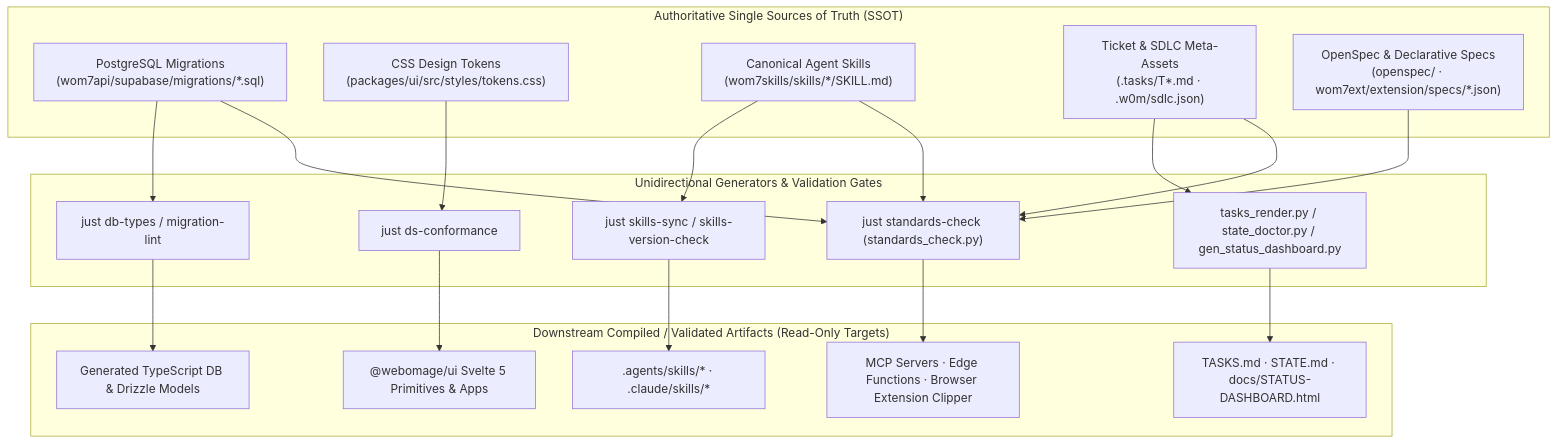
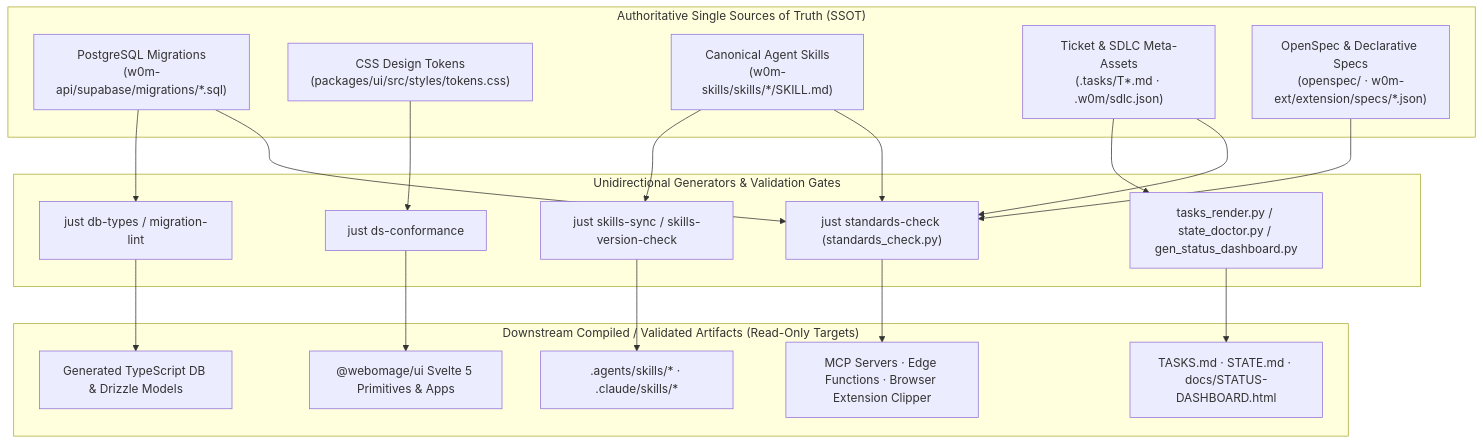
The diagram in docs/standards/ssot-authority-graph.mmd (webomage/a2ui-vinext), drawn with Mermaid before and after one commit. The commit also changed 328 other files, not shown here.

```diff
--- a/docs/standards/ssot-authority-graph.mmd
+++ b/docs/standards/ssot-authority-graph.mmd
@@ -1,33 +1,33 @@
 flowchart TD
   subgraph SSOT["Authoritative Single Sources of Truth (SSOT)"]
-    DDL["PostgreSQL Migrations<br/>(wom7api/supabase/migrations/*.sql)"]
+    DDL["PostgreSQL Migrations<br/>(w0m-api/supabase/migrations/*.sql)"]
     TOKENS["CSS Design Tokens<br/>(packages/ui/src/styles/tokens.css)"]
-    SKILLS["Canonical Agent Skills<br/>(wom7skills/skills/*/SKILL.md)"]
+    SKILLS["Canonical Agent Skills<br/>(w0m-skills/skills/*/SKILL.md)"]
     META["Ticket & SDLC Meta-Assets<br/>(.tasks/T*.md · .w0m/sdlc.json)"]
-    SPECS["OpenSpec & Declarative Specs<br/>(openspec/ · wom7ext/extension/specs/*.json)"]
+    SPECS["OpenSpec & Declarative Specs<br/>(openspec/ · w0m-ext/extension/specs/*.json)"]
   end
 
   subgraph COMPILERS["Unidirectional Generators & Validation Gates"]
     DB_GEN["just db-types / migration-lint"]
     DS_GATE["just ds-conformance"]
     SKILL_SYNC["just skills-sync / skills-version-check"]
     TASK_RENDER["tasks_render.py / state_doctor.py / gen_status_dashboard.py"]
     STD_CHECK["just standards-check (standards_check.py)"]
   end
 
   subgraph DOWNSTREAM["Downstream Compiled / Validated Artifacts (Read-Only Targets)"]
     TS_DB["Generated TypeScript DB & Drizzle Models"]
     UI_PKG["@webomage/ui Svelte 5 Primitives & Apps"]
     AGENT_DIRS[".agents/skills/* · .claude/skills/*"]
     BOARDS["TASKS.md · STATE.md · docs/STATUS-DASHBOARD.html"]
     RUNTIME["MCP Servers · Edge Functions · Browser Extension Clipper"]
   end
 
   DDL --> DB_GEN --> TS_DB
   TOKENS --> DS_GATE --> UI_PKG
   SKILLS --> SKILL_SYNC --> AGENT_DIRS
   META --> TASK_RENDER --> BOARDS
   SPECS --> STD_CHECK --> RUNTIME
   DDL --> STD_CHECK
   META --> STD_CHECK
   SKILLS --> STD_CHECK
```
